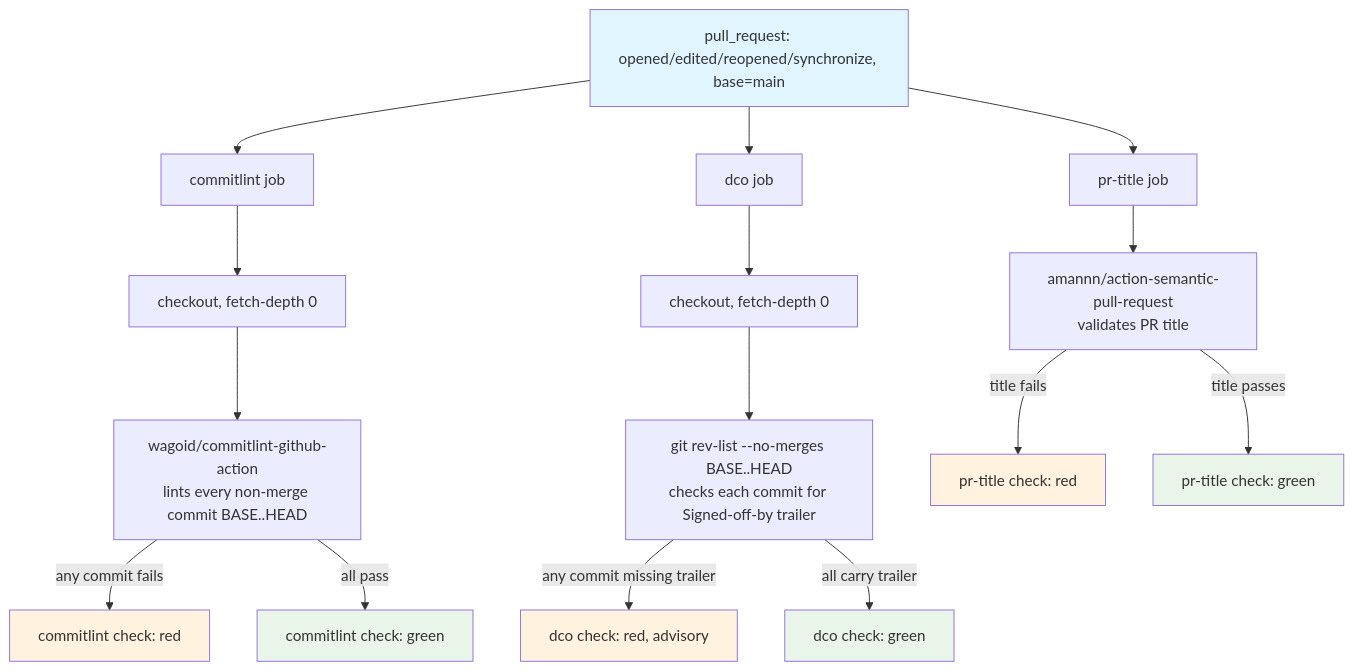
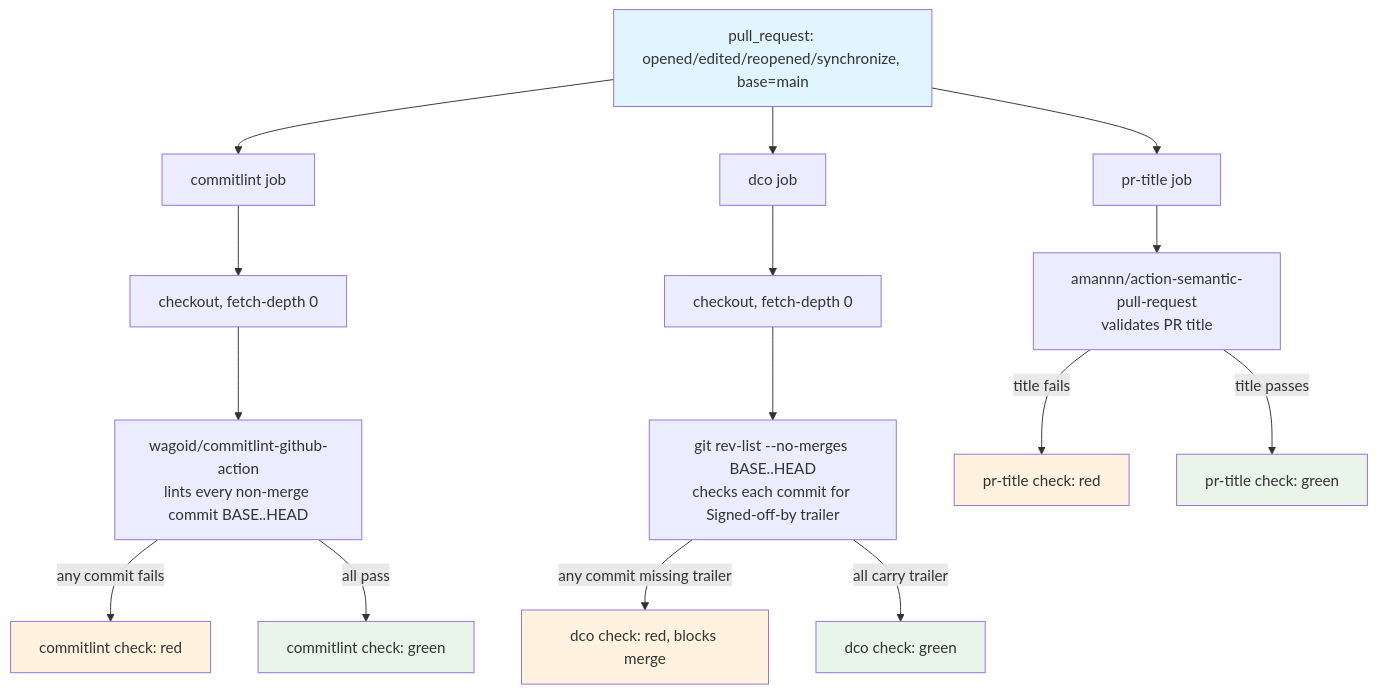
Before and after one commit to davidouagne/datahub-yaml-source: the diagram in spec/spec-process-cicd-commit-policy.md, drawn with Mermaid. The commit also changed other lines of this file and 9 other files, not shown here.

````diff
--- a/spec/spec-process-cicd-commit-policy.md
+++ b/spec/spec-process-cicd-commit-policy.md
@@ -42,25 +57,25 @@
 ```mermaid
 graph TD
     A[pull_request: opened/edited/reopened/synchronize, base=main] --> B[commitlint job]
     A --> C[pr-title job]
     A --> K[dco job]
     B --> D[checkout, fetch-depth 0]
     D --> E[wagoid/commitlint-github-action<br/>lints every non-merge commit BASE..HEAD]
     C --> F[amannn/action-semantic-pull-request<br/>validates PR title]
     K --> L[checkout, fetch-depth 0]
     L --> M[git rev-list --no-merges BASE..HEAD<br/>checks each commit for Signed-off-by trailer]
     E -->|any commit fails| G[commitlint check: red]
     E -->|all pass| H[commitlint check: green]
     F -->|title fails| I[pr-title check: red]
     F -->|title passes| J[pr-title check: green]
-    M -->|any commit missing trailer| N[dco check: red, advisory]
+    M -->|any commit missing trailer| N[dco check: red, blocks merge]
     M -->|all carry trailer| O[dco check: green]
 
     style A fill:#e1f5fe
     style H fill:#e8f5e8
     style J fill:#e8f5e8
     style O fill:#e8f5e8
     style G fill:#fff3e0
     style I fill:#fff3e0
     style N fill:#fff3e0
 ```
````
